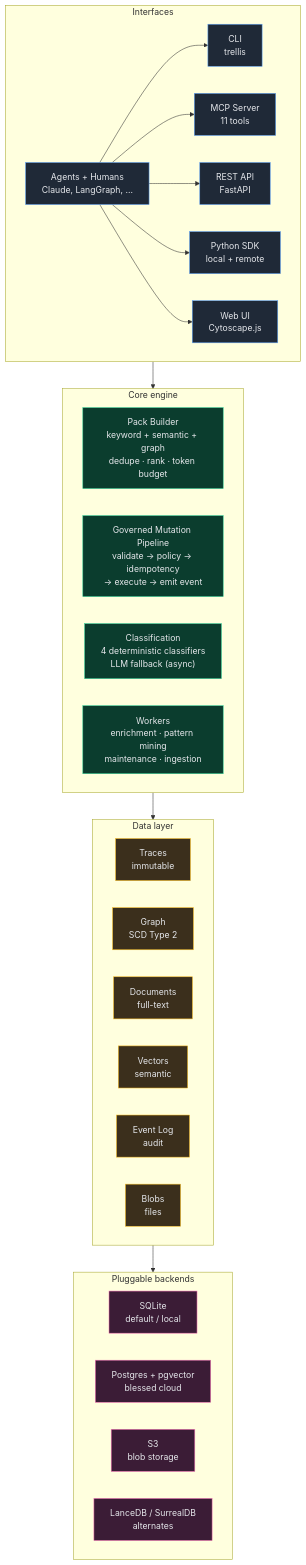
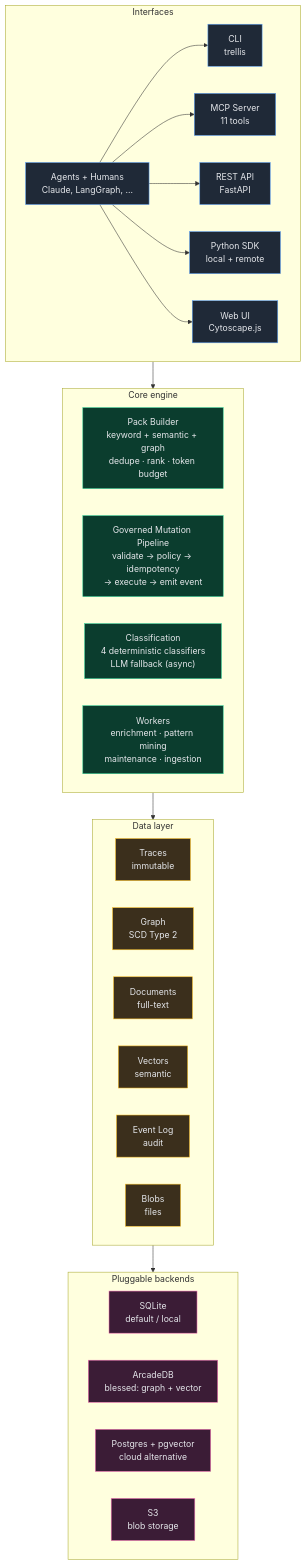
The first of 5 diagrams in README.md (ronsse/trellis-ai), drawn with Mermaid before and after one commit. The commit also changed other lines of this file and 17 other files, not shown here.

````diff
--- a/README.md
+++ b/README.md
@@ -42,52 +42,52 @@
 ```mermaid
 flowchart TB
     subgraph Interfaces["Interfaces"]
         direction LR
         CLI["CLI<br/>trellis"]
         MCP["MCP Server<br/>11 tools"]
         REST["REST API<br/>FastAPI"]
         SDK["Python SDK<br/>local + remote"]
         UI["Web UI<br/>Cytoscape.js"]
         Users["Agents + Humans<br/>Claude, LangGraph, …"]
     end
 
     subgraph Core["Core engine"]
         direction LR
         PB["Pack Builder<br/>keyword + semantic + graph<br/>dedupe · rank · token budget"]
         GP["Governed Mutation Pipeline<br/>validate → policy → idempotency<br/>→ execute → emit event"]
         CL["Classification<br/>4 deterministic classifiers<br/>LLM fallback (async)"]
         WK["Workers<br/>enrichment · pattern mining<br/>maintenance · ingestion"]
     end
 
     subgraph Data["Data layer"]
         direction LR
         TR["Traces<br/>immutable"]
         GR["Graph<br/>SCD Type 2"]
         DO["Documents<br/>full-text"]
         VE["Vectors<br/>semantic"]
         EL["Event Log<br/>audit"]
         BL["Blobs<br/>files"]
     end
 
     subgraph Backends["Pluggable backends"]
         direction LR
         SQ["SQLite<br/>default / local"]
-        PG["Postgres + pgvector<br/>blessed cloud"]
+        AR["ArcadeDB<br/>blessed: graph + vector"]
+        PG["Postgres + pgvector<br/>cloud alternative"]
         S3["S3<br/>blob storage"]
-        LA["LanceDB / SurrealDB<br/>alternates"]
     end
 
     Users --> CLI & MCP & REST & SDK & UI
     Interfaces --> Core
     Core --> Data
     Data --> Backends
 
     classDef iface fill:#1f2937,stroke:#60a5fa,color:#e5e7eb;
     classDef core fill:#0b3d2e,stroke:#34d399,color:#e5e7eb;
     classDef data fill:#3b2f1c,stroke:#fbbf24,color:#e5e7eb;
     classDef back fill:#3b1c36,stroke:#f472b6,color:#e5e7eb;
     class CLI,MCP,REST,SDK,UI,Users iface;
     class PB,GP,CL,WK core;
     class TR,GR,DO,VE,EL,BL data;
-    class SQ,PG,S3,LA back;
+    class SQ,PG,S3,AR back;
 ```
````
